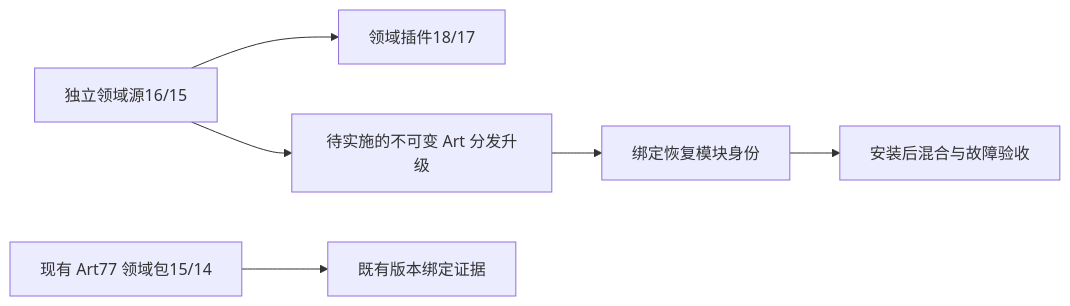
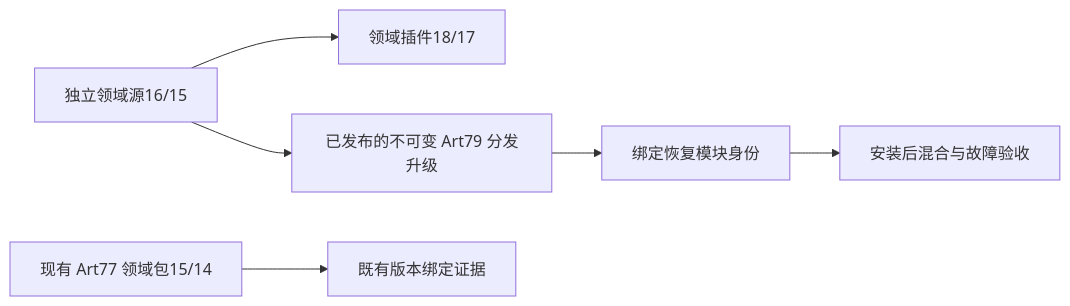
The first of 2 diagrams in docs/ArtCraft-Failed-Stage-Integration-Architecture.zh_CN.md (full-aigc-plugins/artcraft-plugin), drawn with Mermaid before and after one commit. The commit also changed other lines of this file and 8 other files, not shown here.

````diff
--- a/docs/ArtCraft-Failed-Stage-Integration-Architecture.zh_CN.md
+++ b/docs/ArtCraft-Failed-Stage-Integration-Architecture.zh_CN.md
@@ -9,8 +9,8 @@
 ```mermaid
 flowchart LR
     D[独立领域源16/15] --> P[领域插件18/17]
-    D --> U[待实施的不可变 Art 分发升级]
+    D --> U[已发布的不可变 Art79 分发升级]
     U --> H[绑定恢复模块身份]
     H --> T[安装后混合与故障验收]
     O[现有 Art77 领域包15/14] --> E[既有版本绑定证据]
 ```
````
